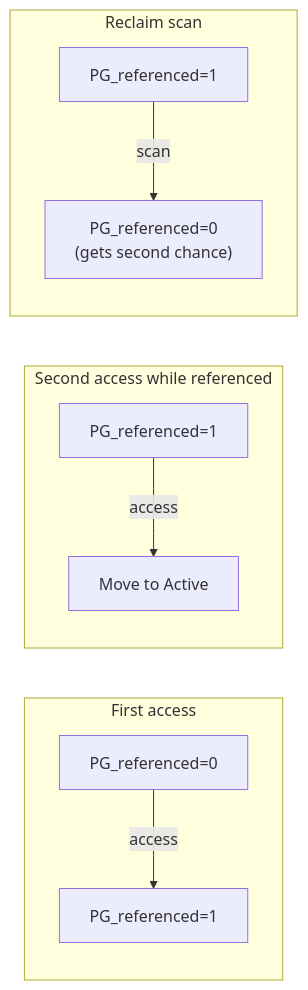
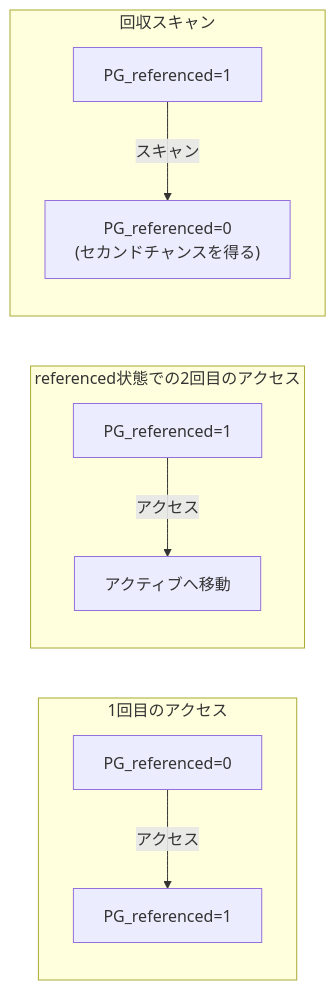
Before and after one commit to doguto/linux-kernel-internals-jp: the fifth of 15 diagrams in docs/mm/life-of-page.md, drawn with Mermaid. The commit also changed other lines of this file and 27 other files, not shown here.

````diff
--- a/docs/mm/life-of-page.md
+++ b/docs/mm/life-of-page.md
@@ -183,14 +183,14 @@
 ```mermaid
 flowchart LR
-    subgraph first["First access"]
-        A1["PG_referenced=0"] -->|"access"| A2["PG_referenced=1"]
+    subgraph first["1回目のアクセス"]
+        A1["PG_referenced=0"] -->|"アクセス"| A2["PG_referenced=1"]
     end
 
-    subgraph second["Second access while referenced"]
-        B1["PG_referenced=1"] -->|"access"| B2["Move to Active"]
+    subgraph second["referenced状態での2回目のアクセス"]
+        B1["PG_referenced=1"] -->|"アクセス"| B2["アクティブへ移動"]
     end
 
-    subgraph scan["Reclaim scan"]
-        C1["PG_referenced=1"] -->|"scan"| C2["PG_referenced=0<br/>(gets second chance)"]
+    subgraph scan["回収スキャン"]
+        C1["PG_referenced=1"] -->|"スキャン"| C2["PG_referenced=0<br/>(セカンドチャンスを得る)"]
     end
 ```
````
